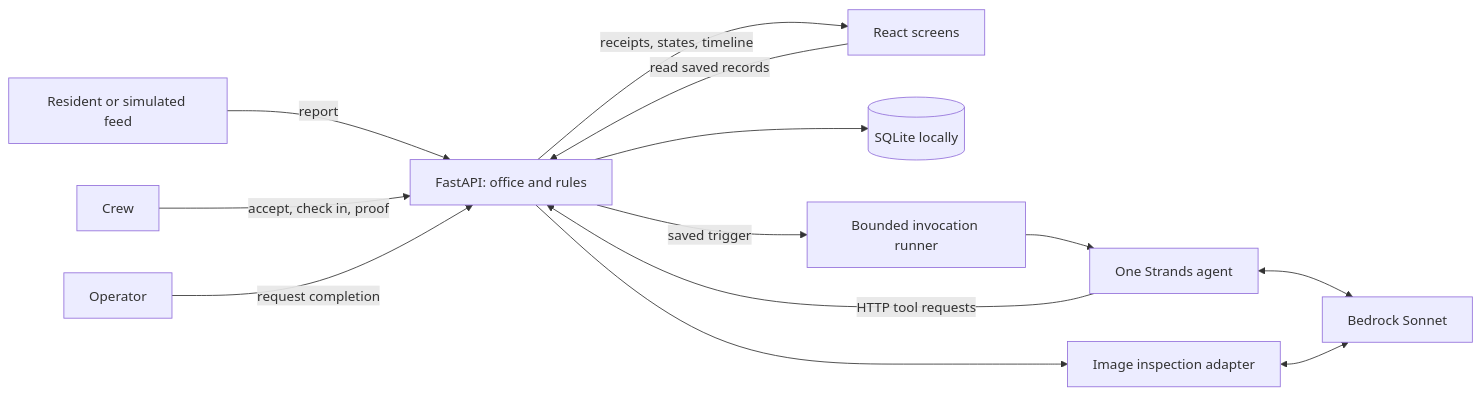
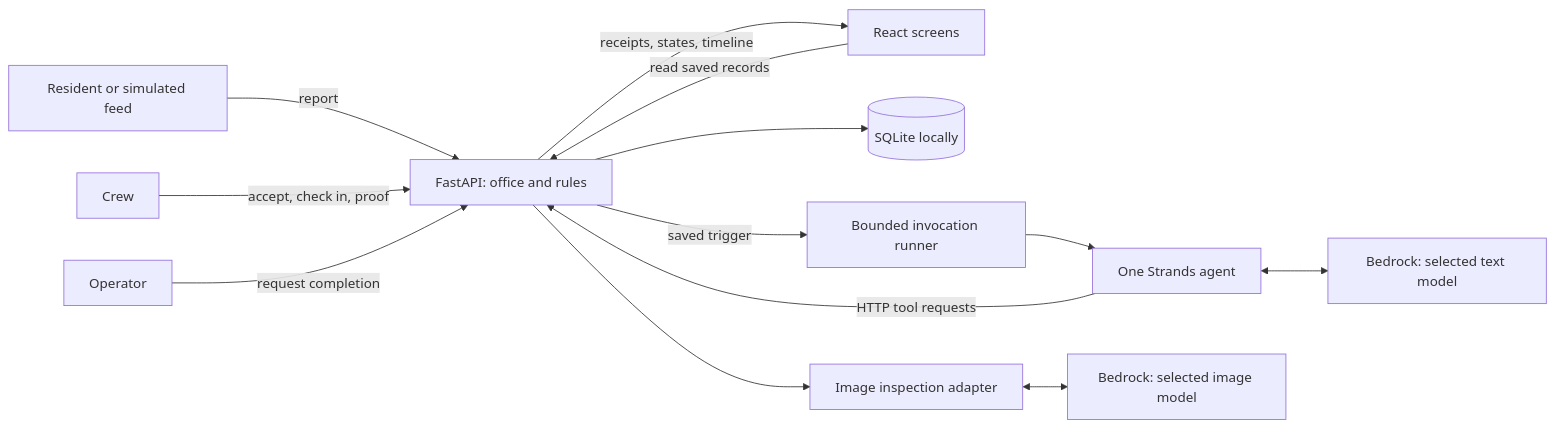
One commit to juulsverne/steward changed the first of 4 diagrams in docs/BUILD_PLAN.md. Above: the diagram before and after it, drawn with Mermaid. The commit also changed other lines of this file and 9 other files, not shown here.

````diff
--- a/docs/BUILD_PLAN.md
+++ b/docs/BUILD_PLAN.md
@@ -128,15 +144,15 @@
 ```mermaid
 flowchart LR
     R[Resident or simulated feed] -->|report| API[FastAPI: office and rules]
     C[Crew] -->|accept, check in, proof| API
     O[Operator] -->|request completion| API
     UI[React screens] -->|read saved records| API
     API --> DB[(SQLite locally)]
     API -->|saved trigger| RUN[Bounded invocation runner]
     RUN --> A[One Strands agent]
-    A <--> M[Bedrock Sonnet]
+    A <--> M[Bedrock: selected text model]
     A -->|HTTP tool requests| API
     API --> V[Image inspection adapter]
-    V <--> M
+    V <--> VM[Bedrock: selected image model]
     API -->|receipts, states, timeline| UI
 ```
````
